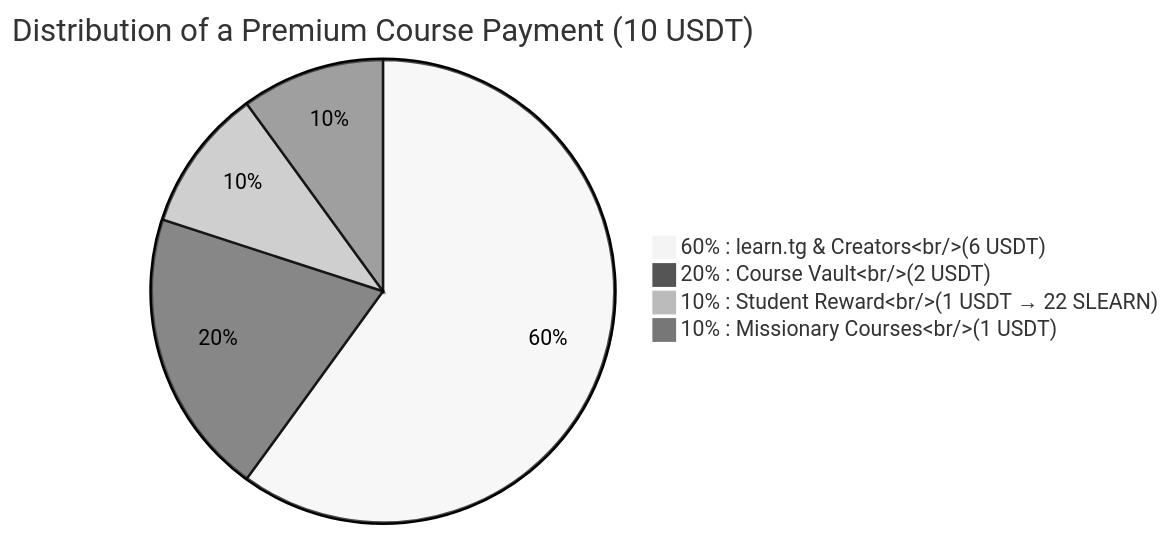
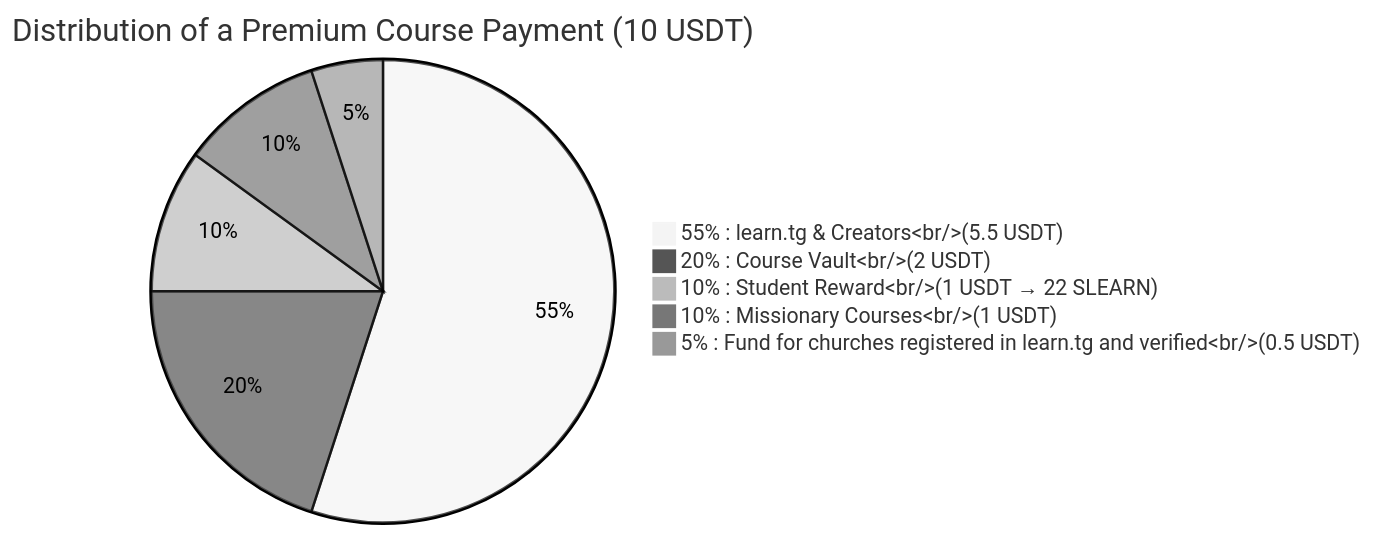
The second of 3 diagrams in SLEARN-WHITEPAPER.md (pasosdeJesus/learn.tg), drawn with Mermaid (neutral theme) before and after one commit. The commit also changed other lines of this file, not shown here.

First line of the commit message:
Revise fund distribution and governance model

````diff
--- a/SLEARN-WHITEPAPER.md
+++ b/SLEARN-WHITEPAPER.md
@@ -116,8 +119,9 @@
 ```mermaid
 pie
     title Distribution of a Premium Course Payment (10 USDT)
-    "60% : learn.tg & Creators<br/>(6 USDT)" : 60
+    "55% : learn.tg & Creators<br/>(5.5 USDT)" : 55
     "20% : Course Vault<br/>(2 USDT)" : 20
     "10% : Student Reward<br/>(1 USDT → 22 SLEARN)" : 10
     "10% : Missionary Courses<br/>(1 USDT)" : 10
+    "5% : Fund for churches registered in learn.tg and verified<br/>(0.5 USDT)" : 5
 ```
````
